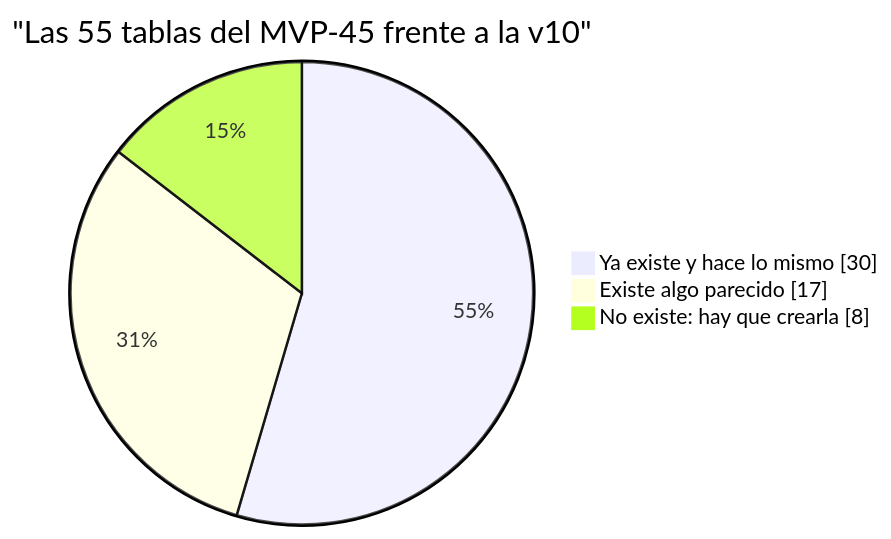
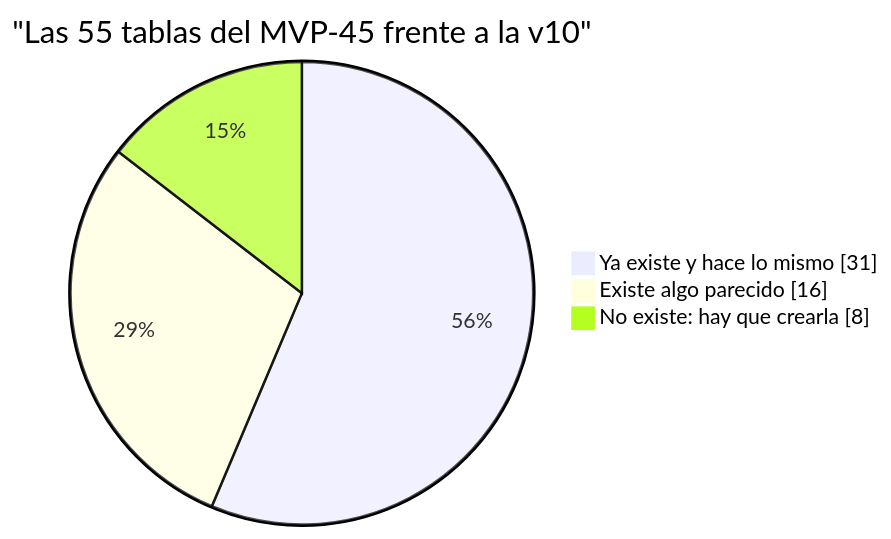
The second of 3 diagrams in docs/03_ejecucion/PRIORIZACION_MVP_v10.md (diegopaucarv/avisa), drawn with Mermaid before and after one commit. The commit also changed other lines of this file and 57 other files, not shown here.

````diff
--- a/docs/03_ejecucion/PRIORIZACION_MVP_v10.md
+++ b/docs/03_ejecucion/PRIORIZACION_MVP_v10.md
@@ -179,7 +179,7 @@
 ```mermaid
 pie showData
     title "Las 55 tablas del MVP-45 frente a la v10"
-    "Ya existe y hace lo mismo" : 30
-    "Existe algo parecido" : 17
+    "Ya existe y hace lo mismo" : 31
+    "Existe algo parecido" : 16
     "No existe: hay que crearla" : 8
 ```
````
